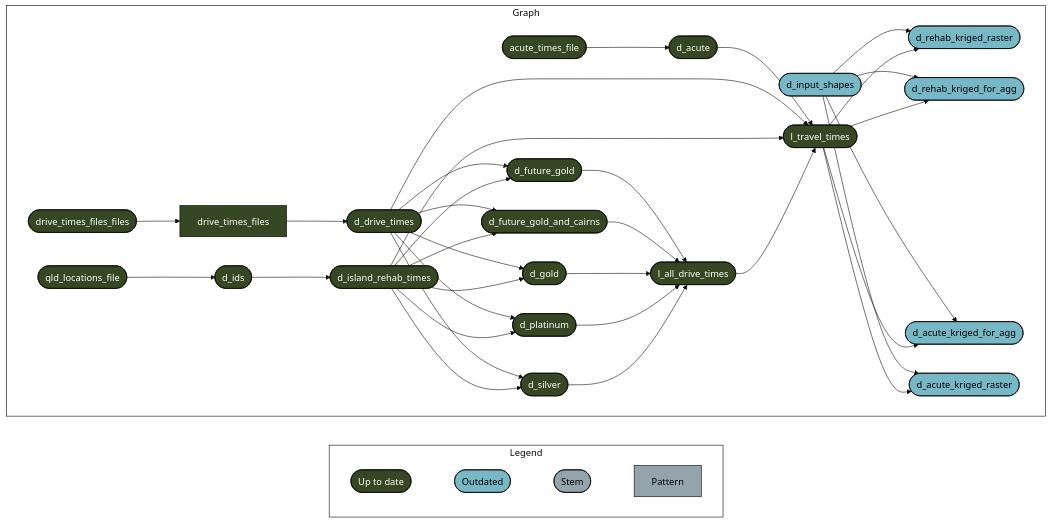
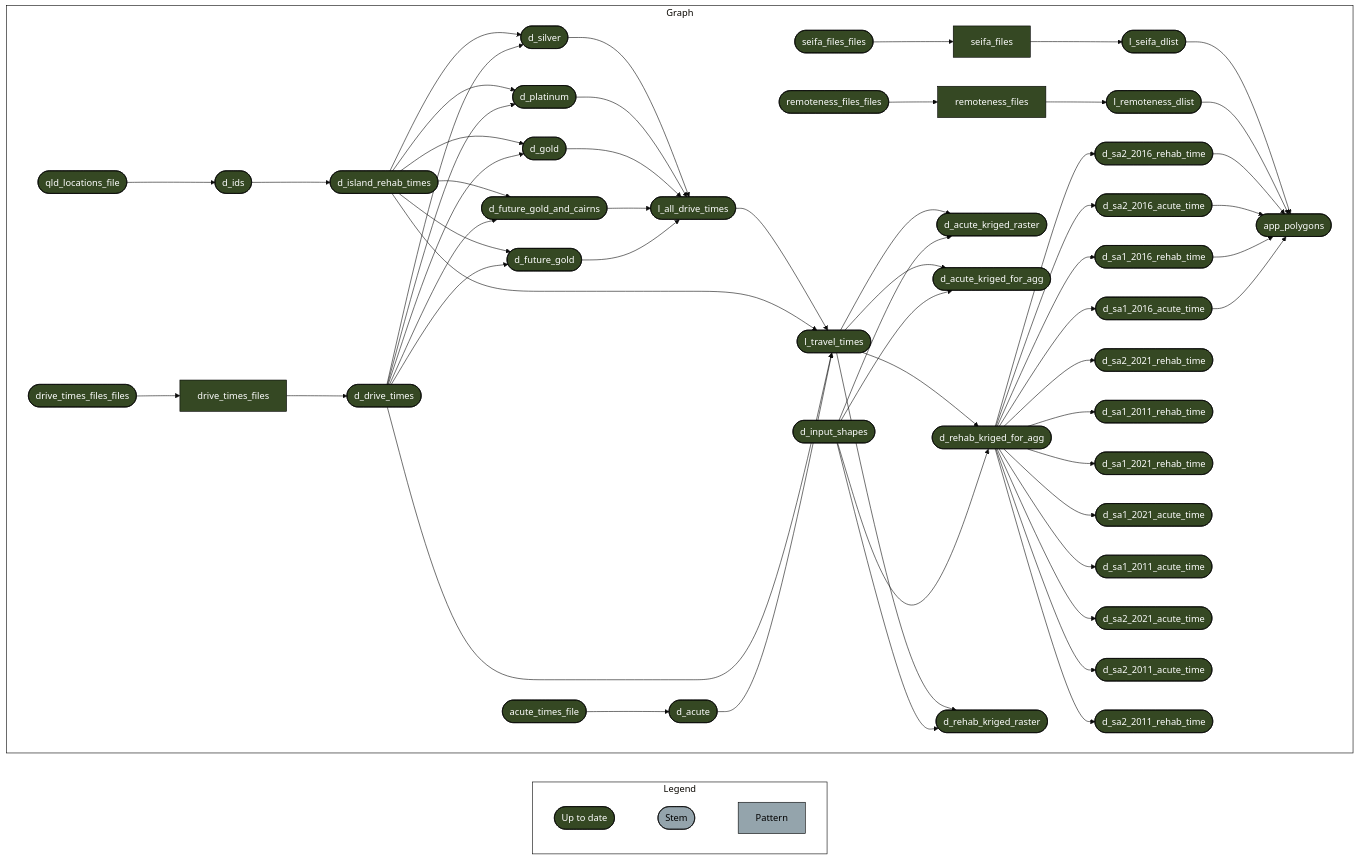
Before and after one commit to RWParsons/iTRAQI-analyses: the diagram in README.md, drawn with Mermaid (base theme). The commit also changed other lines of this file and 7 other files, not shown here.

````diff
--- a/README.md
+++ b/README.md
@@ -32,52 +34,71 @@
 ``` mermaid
 graph LR
   style Legend fill:#FFFFFF00,stroke:#000000;
   style Graph fill:#FFFFFF00,stroke:#000000;
   subgraph Legend
     direction LR
-    x7420bd9270f8d27d([""Up to date""]):::uptodate --- x0a52b03877696646([""Outdated""]):::outdated
-    x0a52b03877696646([""Outdated""]):::outdated --- xbf4603d6c2c2ad6b([""Stem""]):::none
+    x7420bd9270f8d27d([""Up to date""]):::uptodate --- xbf4603d6c2c2ad6b([""Stem""]):::none
     xbf4603d6c2c2ad6b([""Stem""]):::none --- x70a5fa6bea6f298d[""Pattern""]:::none
   end
   subgraph Graph
     direction LR
+    x9f6a140e9d41e9f8(["drive_times_files_files"]):::uptodate --> xf635f181b39a30ce["drive_times_files"]:::uptodate
+    x15acd9b064c909c4(["d_drive_times"]):::uptodate --> x5c8a4b58701f0195(["d_gold"]):::uptodate
+    x24fc4b6a7e38688b(["d_island_rehab_times"]):::uptodate --> x5c8a4b58701f0195(["d_gold"]):::uptodate
+    x140f4dcc1344002d(["d_sa1_2016_acute_time"]):::uptodate --> x8e785e1ce1247c8f(["app_polygons"]):::uptodate
+    x17e7029742198b85(["d_sa1_2016_rehab_time"]):::uptodate --> x8e785e1ce1247c8f(["app_polygons"]):::uptodate
+    x235ba1189d5ce124(["d_sa2_2016_acute_time"]):::uptodate --> x8e785e1ce1247c8f(["app_polygons"]):::uptodate
+    xd957b08abae86042(["d_sa2_2016_rehab_time"]):::uptodate --> x8e785e1ce1247c8f(["app_polygons"]):::uptodate
+    x786302e79631eb8d(["l_remoteness_dlist"]):::uptodate --> x8e785e1ce1247c8f(["app_polygons"]):::uptodate
+    xe97fee2eed97fb6f(["l_seifa_dlist"]):::uptodate --> x8e785e1ce1247c8f(["app_polygons"]):::uptodate
+    x6b9c58fabbe5d5ac(["d_rehab_kriged_for_agg"]):::uptodate --> x3d249e379cd8c8bf(["d_sa2_2021_rehab_time"]):::uptodate
+    x2561c370ea702599["remoteness_files"]:::uptodate --> x786302e79631eb8d(["l_remoteness_dlist"]):::uptodate
+    x831ee0369a2a91ad(["d_input_shapes"]):::uptodate --> x3556cb9010710414(["d_acute_kriged_raster"]):::uptodate
+    x44f0a0e2845803f1(["l_travel_times"]):::uptodate --> x3556cb9010710414(["d_acute_kriged_raster"]):::uptodate
+    x6b9c58fabbe5d5ac(["d_rehab_kriged_for_agg"]):::uptodate --> xd957b08abae86042(["d_sa2_2016_rehab_time"]):::uptodate
+    x6aff51c44af250ba(["remoteness_files_files"]):::uptodate --> x2561c370ea702599["remoteness_files"]:::uptodate
+    x21879eefff325d9d(["d_ids"]):::uptodate --> x24fc4b6a7e38688b(["d_island_rehab_times"]):::uptodate
+    x15acd9b064c909c4(["d_drive_times"]):::uptodate --> x03e84a931f36fd6b(["d_silver"]):::uptodate
+    x24fc4b6a7e38688b(["d_island_rehab_times"]):::uptodate --> x03e84a931f36fd6b(["d_silver"]):::uptodate
+    x831ee0369a2a91ad(["d_input_shapes"]):::uptodate --> xcfed681661a25666(["d_acute_kriged_for_agg"]):::uptodate
+    x44f0a0e2845803f1(["l_travel_times"]):::uptodate --> xcfed681661a25666(["d_acute_kriged_for_agg"]):::uptodate
+    x5f5497709c5ef739["seifa_files"]:::uptodate --> xe97fee2eed97fb6f(["l_seifa_dlist"]):::uptodate
+    x6b9c58fabbe5d5ac(["d_rehab_kriged_for_agg"]):::uptodate --> xdd6e281ffd7abb1e(["d_sa1_2011_rehab_time"]):::uptodate
+    x831ee0369a2a91ad(["d_input_shapes"]):::uptodate --> x6b9c58fabbe5d5ac(["d_rehab_kriged_for_agg"]):::uptodate
+    x44f0a0e2845803f1(["l_travel_times"]):::uptodate --> x6b9c58fabbe5d5ac(["d_rehab_kriged_for_agg"]):::uptodate
+    x15acd9b064c909c4(["d_drive_times"]):::uptodate --> x9cf1da0d89b39050(["d_future_gold_and_cairns"]):::uptodate
+    x24fc4b6a7e38688b(["d_island_rehab_times"]):::uptodate --> x9cf1da0d89b39050(["d_future_gold_and_cairns"]):::uptodate
+    x6b9c58fabbe5d5ac(["d_rehab_kriged_for_agg"]):::uptodate --> x0044d423c4129aa5(["d_sa1_2021_rehab_time"]):::uptodate
     x6ea9bfcc13ed2276(["acute_times_file"]):::uptodate --> x0085422ba003396c(["d_acute"]):::uptodate
-    x21879eefff325d9d(["d_ids"]):::uptodate --> x24fc4b6a7e38688b(["d_island_rehab_times"]):::uptodate
+    x831ee0369a2a91ad(["d_input_shapes"]):::uptodate --> x5fb43595e3d9b43d(["d_rehab_kriged_raster"]):::uptodate
+    x44f0a0e2845803f1(["l_travel_times"]):::uptodate --> x5fb43595e3d9b43d(["d_rehab_kriged_raster"]):::uptodate
+    x6b9c58fabbe5d5ac(["d_rehab_kriged_for_agg"]):::uptodate --> x17e7029742198b85(["d_sa1_2016_rehab_time"]):::uptodate
+    x20b8fce94e11cd05(["seifa_files_files"]):::uptodate --> x5f5497709c5ef739["seifa_files"]:::uptodate
+    x15acd9b064c909c4(["d_drive_times"]):::uptodate --> x7115567ab47c0786(["d_future_gold"]):::uptodate
+    x24fc4b6a7e38688b(["d_island_rehab_times"]):::uptodate --> x7115567ab47c0786(["d_future_gold"]):::uptodate
+    x6b9c58fabbe5d5ac(["d_rehab_kriged_for_agg"]):::uptodate --> xae07be3d7a5496f6(["d_sa1_2021_acute_time"]):::uptodate
+    x0085422ba003396c(["d_acute"]):::uptodate --> x44f0a0e2845803f1(["l_travel_times"]):::uptodate
+    x15acd9b064c909c4(["d_drive_times"]):::uptodate --> x44f0a0e2845803f1(["l_travel_times"]):::uptodate
+    x24fc4b6a7e38688b(["d_island_rehab_times"]):::uptodate --> x44f0a0e2845803f1(["l_travel_times"]):::uptodate
+    x95cfa4f70fea9a21(["l_all_drive_times"]):::uptodate --> x44f0a0e2845803f1(["l_travel_times"]):::uptodate
+    x15acd9b064c909c4(["d_drive_times"]):::uptodate --> xe85c83d45448032e(["d_platinum"]):::uptodate
+    x24fc4b6a7e38688b(["d_island_rehab_times"]):::uptodate --> xe85c83d45448032e(["d_platinum"]):::uptodate
+    x85ecf85bc3a92095(["qld_locations_file"]):::uptodate --> x21879eefff325d9d(["d_ids"]):::uptodate
+    x6b9c58fabbe5d5ac(["d_rehab_kriged_for_agg"]):::uptodate --> x23fe5c9d10c5ba8b(["d_sa1_2011_acute_time"]):::uptodate
+    x6b9c58fabbe5d5ac(["d_rehab_kriged_for_agg"]):::uptodate --> x3c98c5bdbae2f835(["d_sa2_2021_acute_time"]):::uptodate
+    x6b9c58fabbe5d5ac(["d_rehab_kriged_for_agg"]):::uptodate --> x140f4dcc1344002d(["d_sa1_2016_acute_time"]):::uptodate
+    x6b9c58fabbe5d5ac(["d_rehab_kriged_for_agg"]):::uptodate --> x8ef184c44b3c9287(["d_sa2_2011_acute_time"]):::uptodate
+    xf635f181b39a30ce["drive_times_files"]:::uptodate --> x15acd9b064c909c4(["d_drive_times"]):::uptodate
+    x6b9c58fabbe5d5ac(["d_rehab_kriged_for_agg"]):::uptodate --> x235ba1189d5ce124(["d_sa2_2016_acute_time"]):::uptodate
+    x6b9c58fabbe5d5ac(["d_rehab_kriged_for_agg"]):::uptodate --> xb1cba206a277ab8b(["d_sa2_2011_rehab_time"]):::uptodate
     x7115567ab47c0786(["d_future_gold"]):::uptodate --> x95cfa4f70fea9a21(["l_all_drive_times"]):::uptodate
     x9cf1da0d89b39050(["d_future_gold_and_cairns"]):::uptodate --> x95cfa4f70fea9a21(["l_all_drive_times"]):::uptodate
     x5c8a4b58701f0195(["d_gold"]):::uptodate --> x95cfa4f70fea9a21(["l_all_drive_times"]):::uptodate
     xe85c83d45448032e(["d_platinum"]):::uptodate --> x95cfa4f70fea9a21(["l_all_drive_times"]):::uptodate
     x03e84a931f36fd6b(["d_silver"]):::uptodate --> x95cfa4f70fea9a21(["l_all_drive_times"]):::uptodate
-    x0085422ba003396c(["d_acute"]):::uptodate --> x44f0a0e2845803f1(["l_travel_times"]):::uptodate
-    x15acd9b064c909c4(["d_drive_times"]):::uptodate --> x44f0a0e2845803f1(["l_travel_times"]):::uptodate
-    x24fc4b6a7e38688b(["d_island_rehab_times"]):::uptodate --> x44f0a0e2845803f1(["l_travel_times"]):::uptodate
-    x95cfa4f70fea9a21(["l_all_drive_times"]):::uptodate --> x44f0a0e2845803f1(["l_travel_times"]):::uptodate
-    x831ee0369a2a91ad(["d_input_shapes"]):::outdated --> x5fb43595e3d9b43d(["d_rehab_kriged_raster"]):::outdated
-    x44f0a0e2845803f1(["l_travel_times"]):::uptodate --> x5fb43595e3d9b43d(["d_rehab_kriged_raster"]):::outdated
-    x15acd9b064c909c4(["d_drive_times"]):::uptodate --> x03e84a931f36fd6b(["d_silver"]):::uptodate
-    x24fc4b6a7e38688b(["d_island_rehab_times"]):::uptodate --> x03e84a931f36fd6b(["d_silver"]):::uptodate
-    x9f6a140e9d41e9f8(["drive_times_files_files"]):::uptodate --> xf635f181b39a30ce["drive_times_files"]:::uptodate
-    x15acd9b064c909c4(["d_drive_times"]):::uptodate --> x5c8a4b58701f0195(["d_gold"]):::uptodate
-    x24fc4b6a7e38688b(["d_island_rehab_times"]):::uptodate --> x5c8a4b58701f0195(["d_gold"]):::uptodate
-    x831ee0369a2a91ad(["d_input_shapes"]):::outdated --> x6b9c58fabbe5d5ac(["d_rehab_kriged_for_agg"]):::outdated
-    x44f0a0e2845803f1(["l_travel_times"]):::uptodate --> x6b9c58fabbe5d5ac(["d_rehab_kriged_for_agg"]):::outdated
-    x15acd9b064c909c4(["d_drive_times"]):::uptodate --> x7115567ab47c0786(["d_future_gold"]):::uptodate
-    x24fc4b6a7e38688b(["d_island_rehab_times"]):::uptodate --> x7115567ab47c0786(["d_future_gold"]):::uptodate
-    x85ecf85bc3a92095(["qld_locations_file"]):::uptodate --> x21879eefff325d9d(["d_ids"]):::uptodate
-    x831ee0369a2a91ad(["d_input_shapes"]):::outdated --> xcfed681661a25666(["d_acute_kriged_for_agg"]):::outdated
-    x44f0a0e2845803f1(["l_travel_times"]):::uptodate --> xcfed681661a25666(["d_acute_kriged_for_agg"]):::outdated
-    xf635f181b39a30ce["drive_times_files"]:::uptodate --> x15acd9b064c909c4(["d_drive_times"]):::uptodate
-    x15acd9b064c909c4(["d_drive_times"]):::uptodate --> xe85c83d45448032e(["d_platinum"]):::uptodate
-    x24fc4b6a7e38688b(["d_island_rehab_times"]):::uptodate --> xe85c83d45448032e(["d_platinum"]):::uptodate
-    x831ee0369a2a91ad(["d_input_shapes"]):::outdated --> x3556cb9010710414(["d_acute_kriged_raster"]):::outdated
-    x44f0a0e2845803f1(["l_travel_times"]):::uptodate --> x3556cb9010710414(["d_acute_kriged_raster"]):::outdated
-    x15acd9b064c909c4(["d_drive_times"]):::uptodate --> x9cf1da0d89b39050(["d_future_gold_and_cairns"]):::uptodate
-    x24fc4b6a7e38688b(["d_island_rehab_times"]):::uptodate --> x9cf1da0d89b39050(["d_future_gold_and_cairns"]):::uptodate
   end
   classDef uptodate stroke:#000000,color:#ffffff,fill:#354823;
-  classDef outdated stroke:#000000,color:#000000,fill:#78B7C5;
   classDef none stroke:#000000,color:#000000,fill:#94a4ac;
   linkStyle 0 stroke-width:0px;
   linkStyle 1 stroke-width:0px;
-  linkStyle 2 stroke-width:0px;
 ```
````
